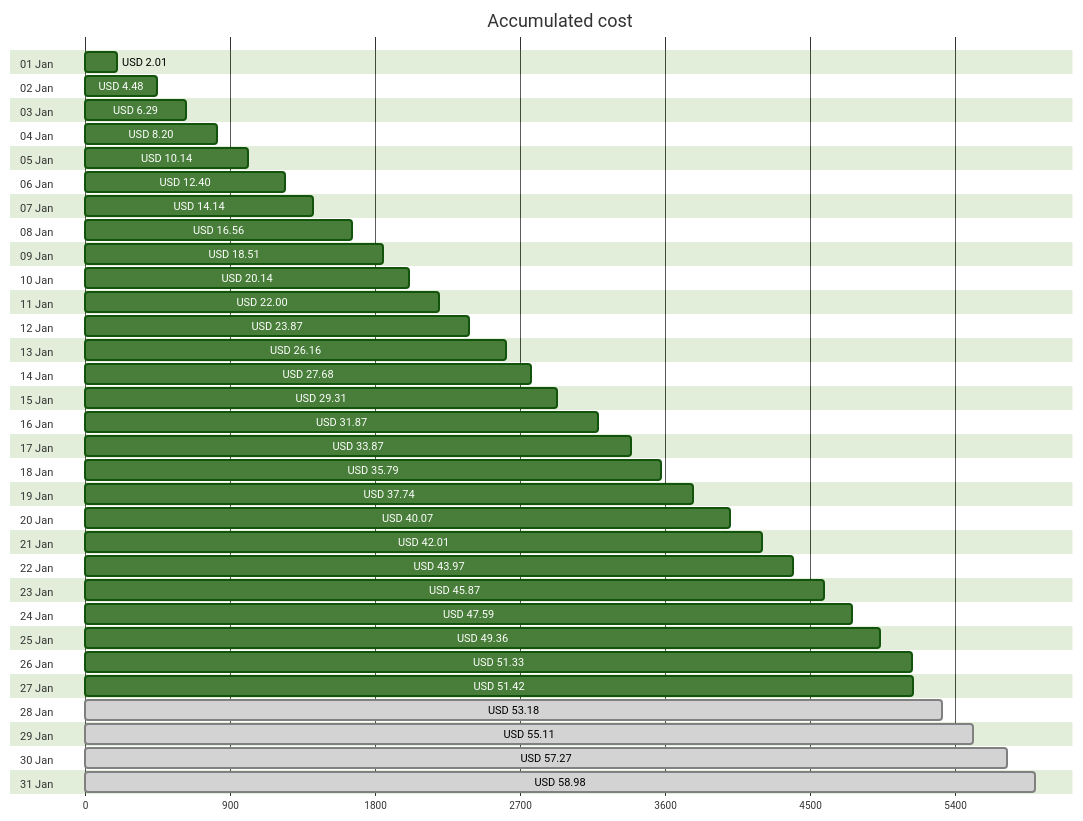
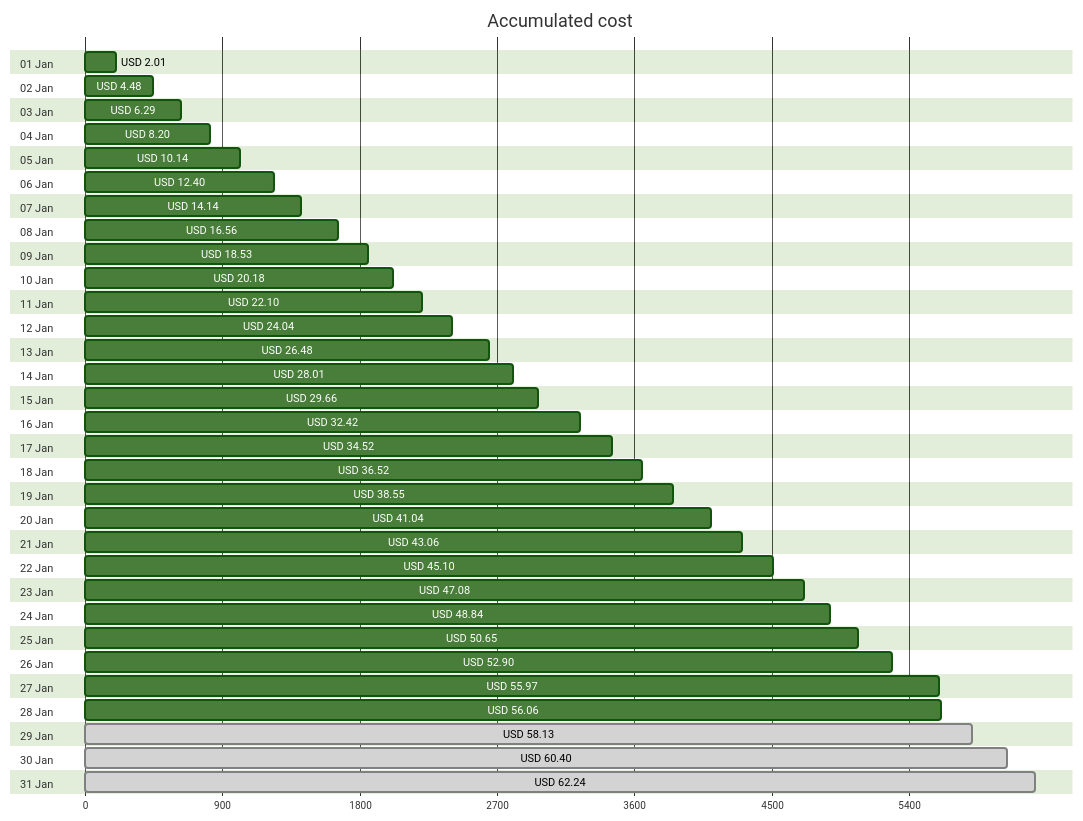
The first of 4 diagrams in cost-reports/personal-network/README.md (jpfulton/azure-personal-reports), drawn with Mermaid (forest theme) before and after one commit. The commit also changed other lines of this file and 8 other files, not shown here.

````diff
--- a/cost-reports/personal-network/README.md
+++ b/cost-reports/personal-network/README.md
@@ -20,68 +20,68 @@
 ```mermaid
 gantt
    title Accumulated cost
    dateFormat  X
    axisFormat %s
    section 01 Jan
    USD 2.01 :0, 201
    section 02 Jan
    USD 4.48 :0, 448
    section 03 Jan
    USD 6.29 :0, 629
    section 04 Jan
    USD 8.20 :0, 820
    section 05 Jan
    USD 10.14 :0, 1014
    section 06 Jan
    USD 12.40 :0, 1240
    section 07 Jan
    USD 14.14 :0, 1414
    section 08 Jan
    USD 16.56 :0, 1656
    section 09 Jan
-   USD 18.51 :0, 1851
+   USD 18.53 :0, 1853
    section 10 Jan
-   USD 20.14 :0, 2014
+   USD 20.18 :0, 2018
    section 11 Jan
-   USD 22.00 :0, 2200
+   USD 22.10 :0, 2210
    section 12 Jan
-   USD 23.87 :0, 2387
+   USD 24.04 :0, 2404
    section 13 Jan
-   USD 26.16 :0, 2616
+   USD 26.48 :0, 2648
    section 14 Jan
-   USD 27.68 :0, 2768
+   USD 28.01 :0, 2801
    section 15 Jan
-   USD 29.31 :0, 2931
+   USD 29.66 :0, 2966
    section 16 Jan
-   USD 31.87 :0, 3187
+   USD 32.42 :0, 3242
    section 17 Jan
-   USD 33.87 :0, 3387
+   USD 34.52 :0, 3452
    section 18 Jan
-   USD 35.79 :0, 3579
+   USD 36.52 :0, 3652
    section 19 Jan
-   USD 37.74 :0, 3774
+   USD 38.55 :0, 3855
    section 20 Jan
-   USD 40.07 :0, 4007
+   USD 41.04 :0, 4104
    section 21 Jan
-   USD 42.01 :0, 4201
+   USD 43.06 :0, 4306
    section 22 Jan
-   USD 43.97 :0, 4397
+   USD 45.10 :0, 4510
    section 23 Jan
-   USD 45.87 :0, 4587
+   USD 47.08 :0, 4708
    section 24 Jan
-   USD 47.59 :0, 4759
+   USD 48.84 :0, 4884
    section 25 Jan
-   USD 49.36 :0, 4936
+   USD 50.65 :0, 5065
    section 26 Jan
-   USD 51.33 :0, 5133
+   USD 52.90 :0, 5290
    section 27 Jan
-   USD 51.42 :0, 5142
+   USD 55.97 :0, 5597
    section 28 Jan
-   USD 53.18 : done, 0, 5318
+   USD 56.06 :0, 5606
    section 29 Jan
-   USD 55.11 : done, 0, 5511
+   USD 58.13 : done, 0, 5813
    section 30 Jan
-   USD 57.27 : done, 0, 5727
+   USD 60.40 : done, 0, 6040
    section 31 Jan
-   USD 58.98 : done, 0, 5898
+   USD 62.24 : done, 0, 6224
 ```
````
